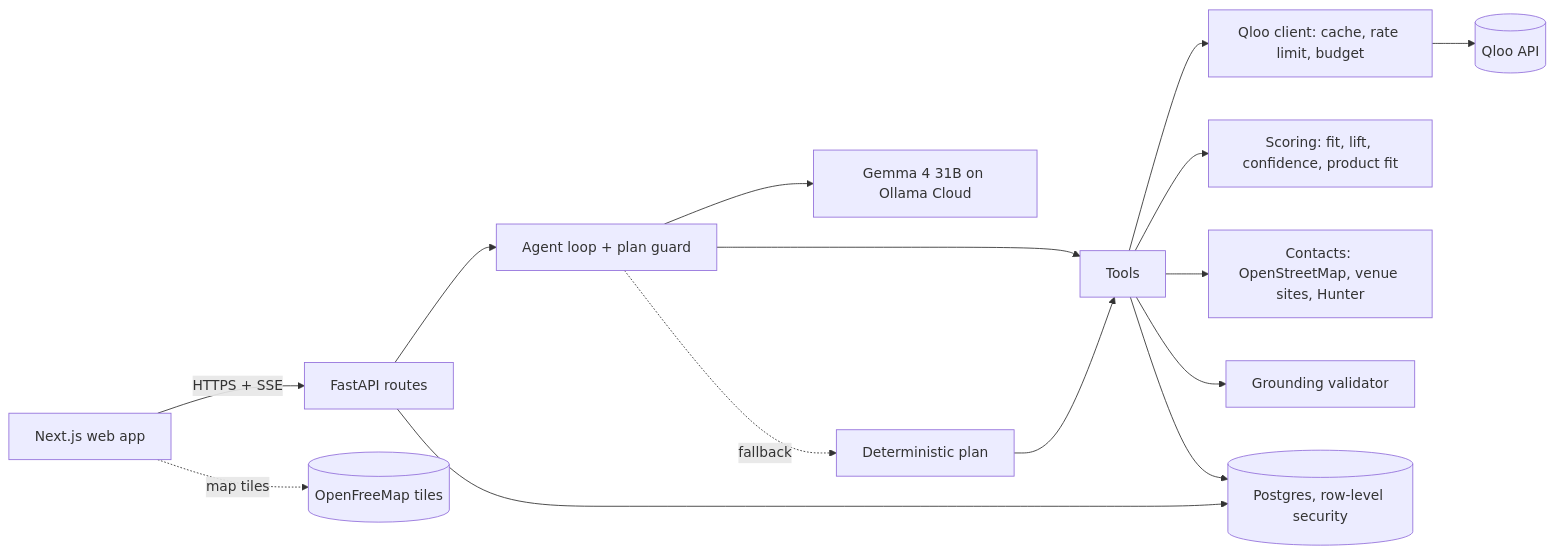
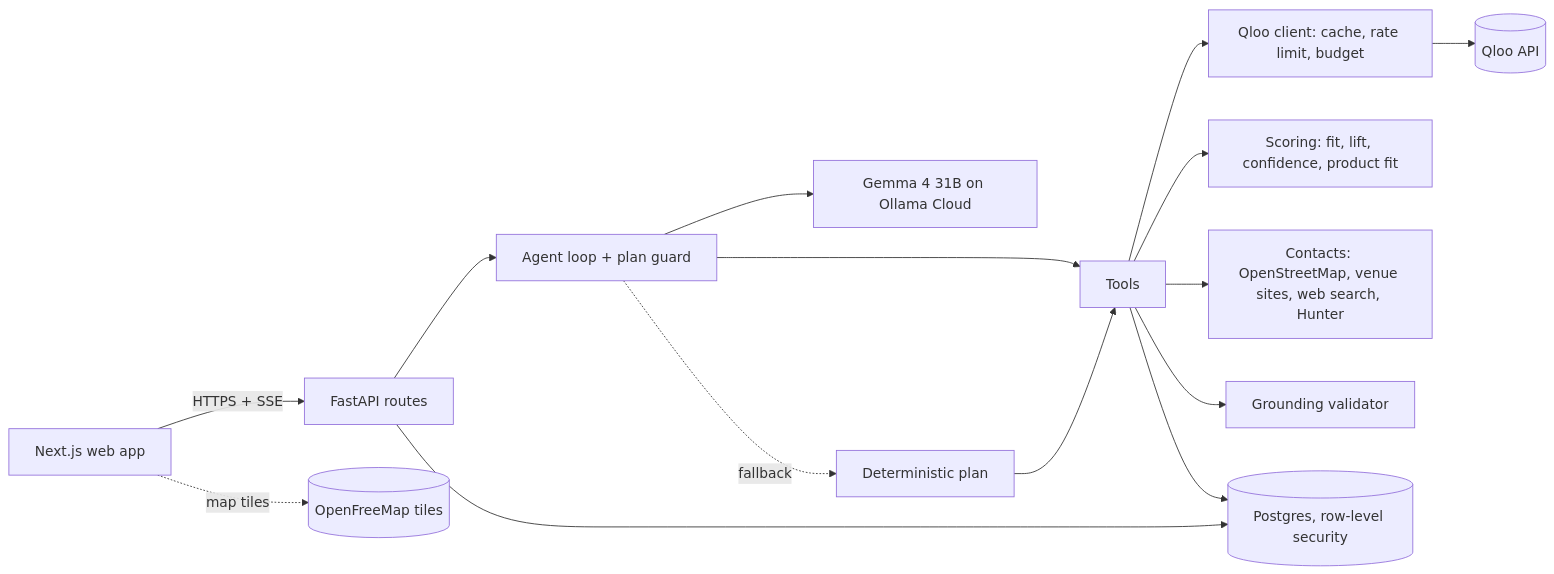
One commit to divyanshu-patil/TasteRoute changed the diagram in README.md. Above: the diagram before and after it, drawn with Mermaid. The commit also changed other lines of this file and 17 other files, not shown here.

Commit message:
feat(api): Ollama web search as the last resort for a venue's email (same key, WEB_SEARCH_ENABLED, cached 14 days); keep only addresses on the venue's domain or carrying its name; contacts link to the page they came from [CON-01, CON-05]

````diff
--- a/README.md
+++ b/README.md
@@ -55,15 +55,15 @@
 ```mermaid
 flowchart LR
   W[Next.js web app] -- HTTPS + SSE --> R[FastAPI routes]
   R --> AG[Agent loop + plan guard]
   AG --> LLM[Gemma 4 31B on Ollama Cloud]
   AG --> T[Tools]
   AG -. fallback .-> DP[Deterministic plan] --> T
   T --> Q[Qloo client: cache, rate limit, budget] --> QL[(Qloo API)]
   T --> S[Scoring: fit, lift, confidence, product fit]
-  T --> X[Contacts: OpenStreetMap, venue sites, Hunter]
+  T --> X[Contacts: OpenStreetMap, venue sites, web search, Hunter]
   T --> G[Grounding validator]
   R --> DB[(Postgres, row-level security)]
   T --> DB
   W -. map tiles .-> OSM[(OpenFreeMap tiles)]
 ```
````
